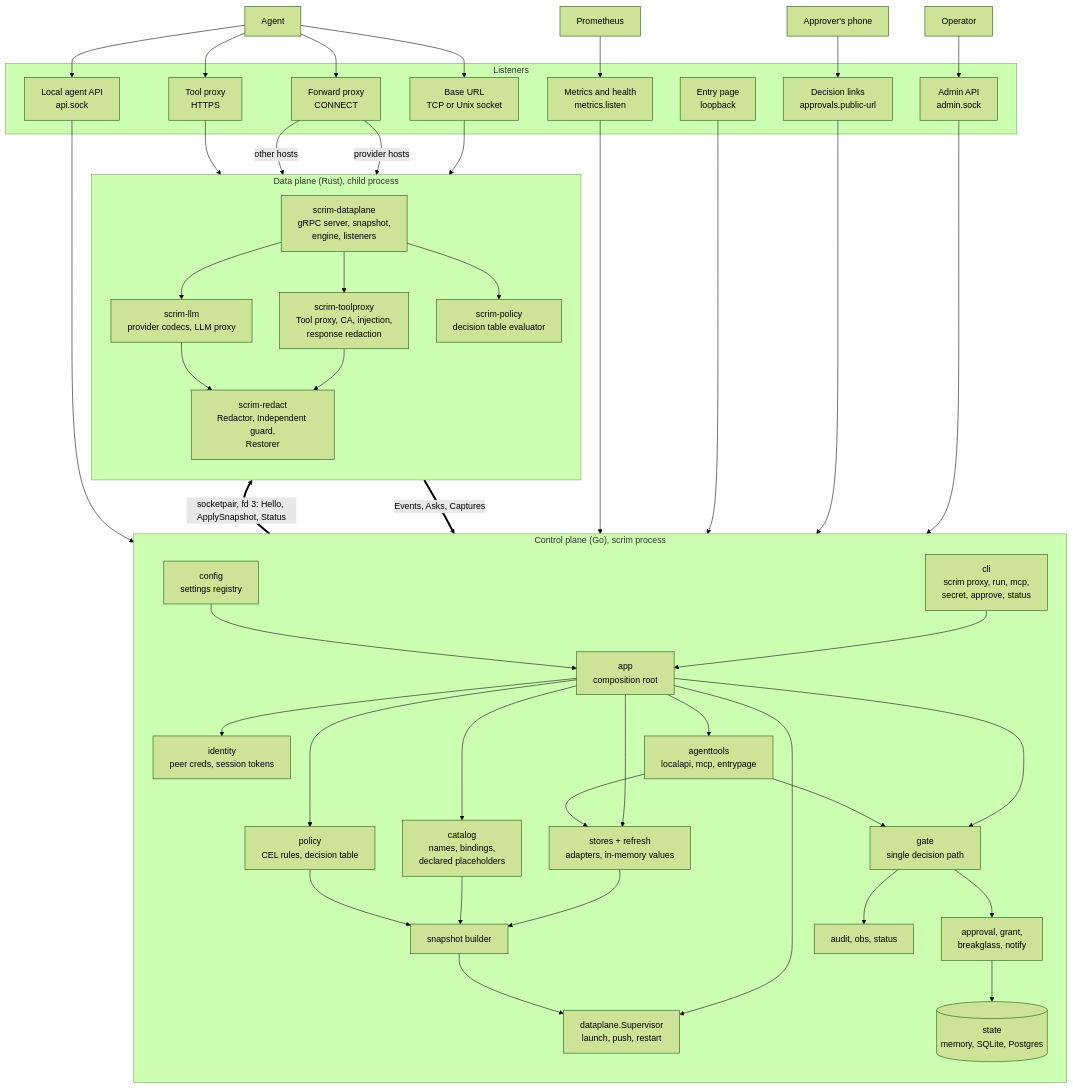
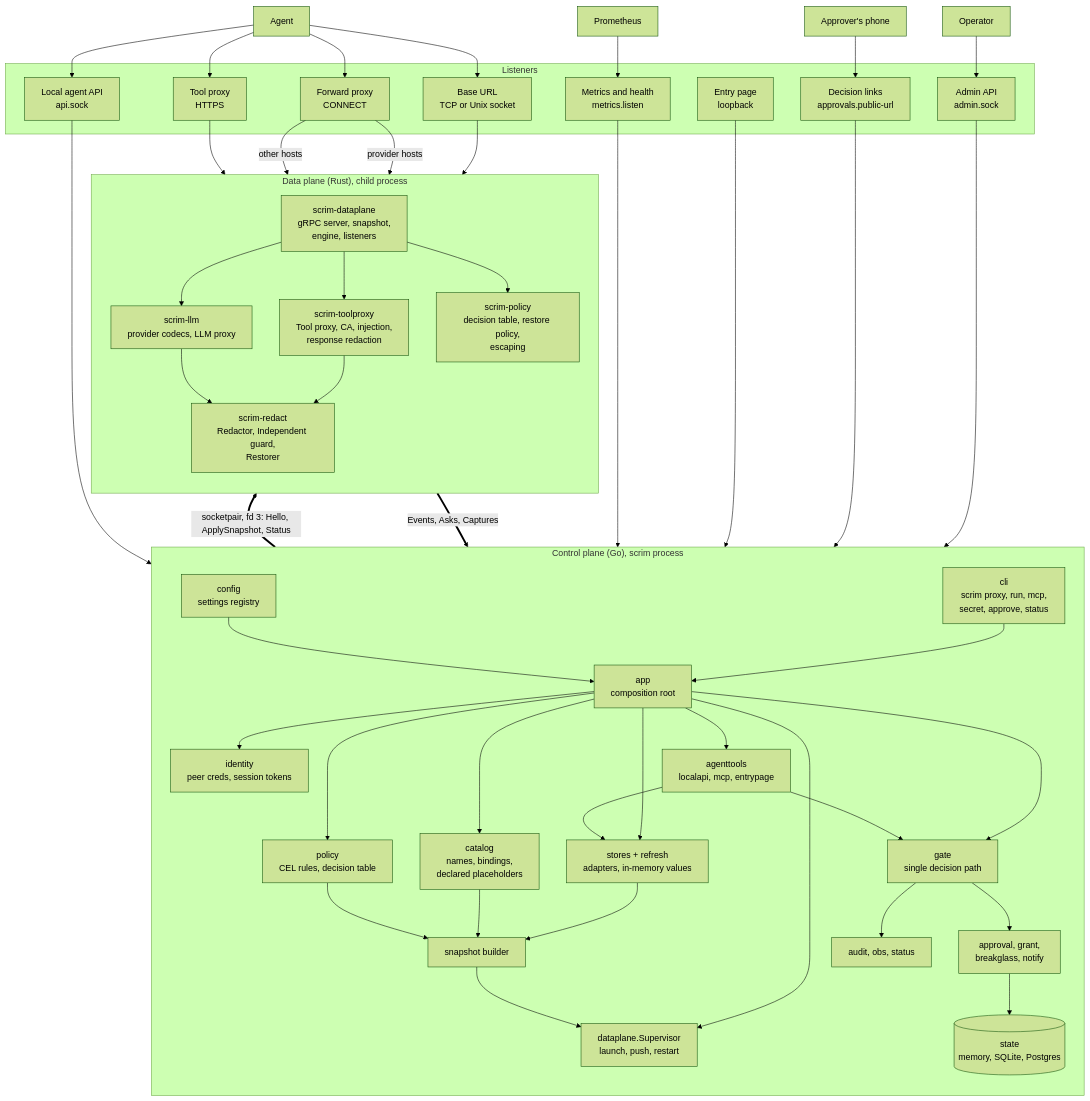
The second of 8 diagrams in docs/architecture.md (Heliopsy/scrim), drawn with Mermaid (forest theme) before and after one commit. The commit also changed other lines of this file and 8 other files, not shown here.

First line of the commit message:
docs(policy): restore policy and escaping in specs, docs and crate README

````diff
--- a/docs/architecture.md
+++ b/docs/architecture.md
@@ -56,73 +56,73 @@
 ```mermaid
 flowchart TB
   agent["Agent"]
   operator["Operator"]
   approver["Approver's phone"]
   prom["Prometheus"]
 
   subgraph cp["Control plane (Go), scrim process"]
     direction TB
     cli["cli<br>scrim proxy, run, mcp,<br>secret, approve, status"]
     app["app<br>composition root"]
     config["config<br>settings registry"]
     stores["stores + refresh<br>adapters, in-memory values"]
     catalog["catalog<br>names, bindings,<br>declared placeholders"]
     policy["policy<br>CEL rules, decision table"]
     gate["gate<br>single decision path"]
     approval["approval, grant,<br>breakglass, notify"]
     identity["identity<br>peer creds, session tokens"]
     agenttools["agenttools<br>localapi, mcp, entrypage"]
     builder["snapshot builder"]
     sup["dataplane.Supervisor<br>launch, push, restart"]
     state[("state<br>memory, SQLite, Postgres")]
     audit["audit, obs, status"]
   end
 
   subgraph dp["Data plane (Rust), child process"]
     direction TB
     server["scrim-dataplane<br>gRPC server, snapshot,<br>engine, listeners"]
     llm["scrim-llm<br>provider codecs, LLM proxy"]
     redact["scrim-redact<br>Redactor, Independent guard,<br>Restorer"]
     tp["scrim-toolproxy<br>Tool proxy, CA, injection,<br>response redaction"]
-    dppolicy["scrim-policy<br>decision table evaluator"]
+    dppolicy["scrim-policy<br>decision table, restore policy,<br>escaping"]
   end
 
   subgraph listen["Listeners"]
     base["Base URL<br>TCP or Unix socket"]
     fwd["Forward proxy<br>CONNECT"]
     tpl["Tool proxy<br>HTTPS"]
     api["Local agent API<br>api.sock"]
     admin["Admin API<br>admin.sock"]
     entry["Entry page<br>loopback"]
     links["Decision links<br>approvals.public-url"]
     metrics["Metrics and health<br>metrics.listen"]
   end
 
   cli --> app
   config --> app
   app --> stores & catalog & policy & gate & identity & agenttools & sup
   stores & catalog & policy --> builder --> sup
   gate --> approval
   approval --> state
   gate --> audit
   agenttools --> gate
   agenttools --> stores
 
   sup == "socketpair, fd 3: Hello, ApplySnapshot, Status" ==> server
   server == "Events, Asks, Captures" ==> sup
 
   server --> llm & tp & dppolicy
   llm --> redact
   tp --> redact
   fwd -- "provider hosts" --> llm
   fwd -- "other hosts" --> tp
 
   agent --> base & fwd & tpl & api
   base --> llm
   tpl --> tp
   api --> agenttools
   entry --> agenttools
   operator --> admin --> approval
   approver --> links --> approval
   prom --> metrics --> audit
 ```
````
